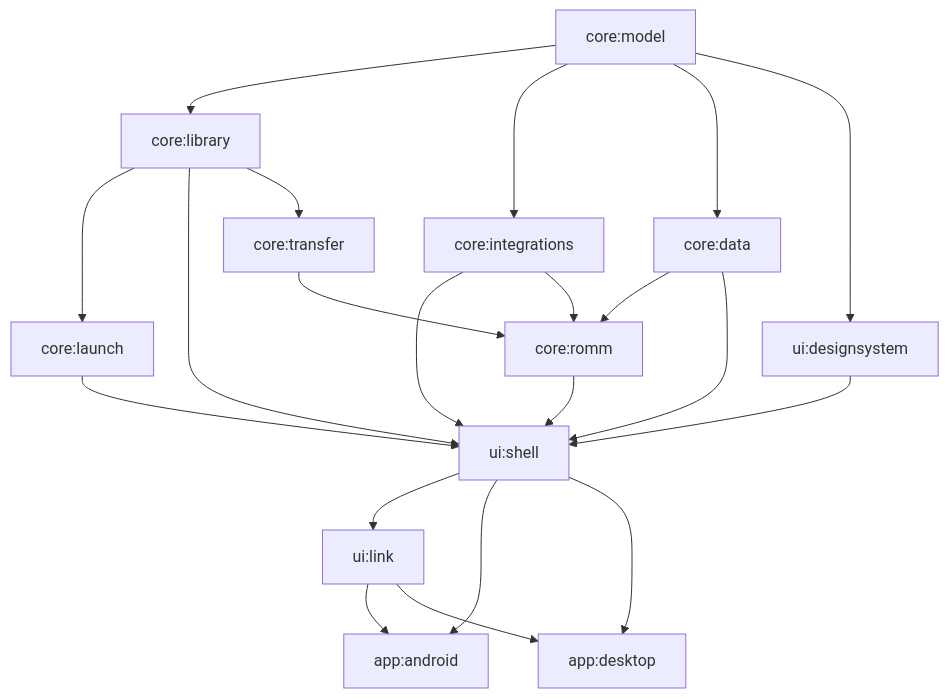
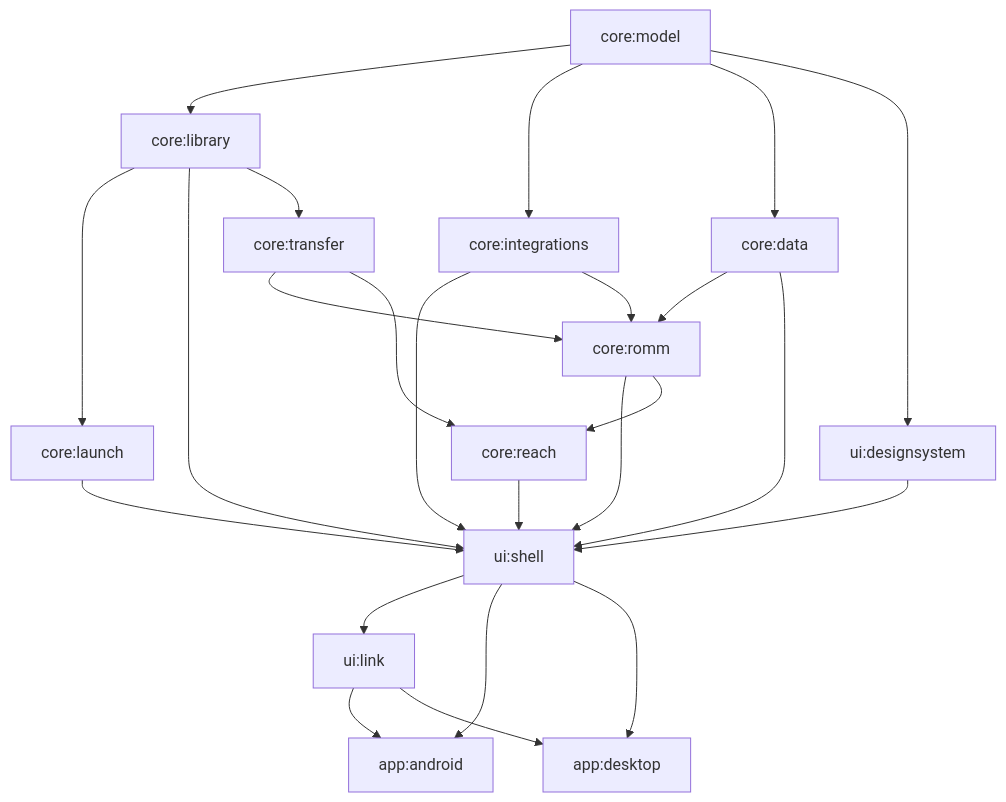
The diagram in ARCHITECTURE.md (MAtiyaaa/fuse), drawn with Mermaid before and after one commit. The commit also changed other lines of this file and 6 other files, not shown here.

````diff
--- a/ARCHITECTURE.md
+++ b/ARCHITECTURE.md
@@ -35,36 +35,40 @@
 ```mermaid
 flowchart TD
     model[core:model]
     library[core:library]
     launch[core:launch]
     integrations[core:integrations]
     data[core:data]
     transfer[core:transfer]
     romm[core:romm]
+    reach[core:reach]
     ds[ui:designsystem]
     shell[ui:shell]
     link[ui:link]
     android[app:android]
     desktop[app:desktop]
 
     model --> library
     model --> integrations
     model --> data
     model --> ds
     library --> launch
     library --> shell
     launch --> shell
     integrations --> shell
     library --> transfer
     transfer --> romm
     data --> romm
     integrations --> romm
     romm --> shell
+    transfer --> reach
+    romm --> reach
+    reach --> shell
     data --> shell
     ds --> shell
     shell --> link
     shell --> android
     shell --> desktop
     link --> android
     link --> desktop
 ```
````
